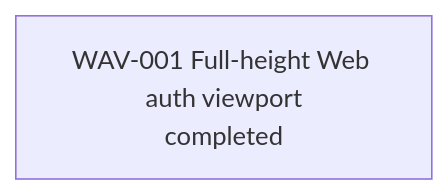
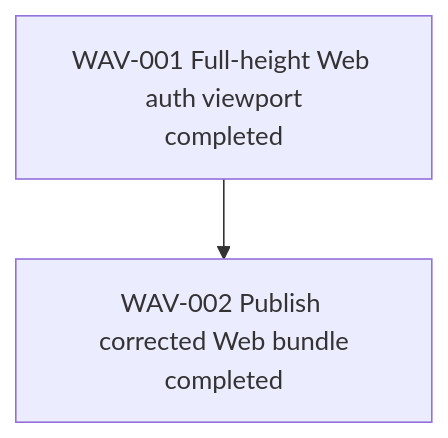
The first of 11 diagrams in agent-workflow/WORK_GRAPH.md (allenljf/algorithm-learning), drawn with Mermaid before and after one commit. The commit also changed 5 other files, not shown here.

Commit message:
chore(web): publish Wasm viewport fix

````diff
--- a/agent-workflow/WORK_GRAPH.md
+++ b/agent-workflow/WORK_GRAPH.md
@@ -5,4 +5,7 @@
 ```mermaid
 flowchart TD
   W1[WAV-001 Full-height Web auth viewport\ncompleted]
+  W2[WAV-002 Publish corrected Web bundle\ncompleted]
+
+  W1 --> W2
 ```
````
